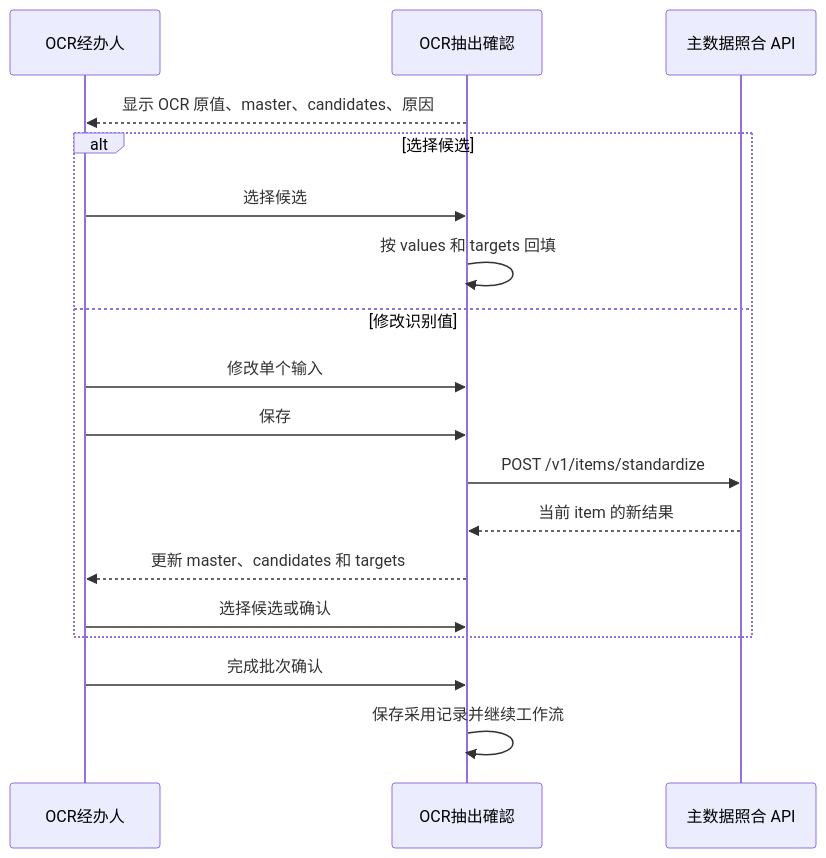
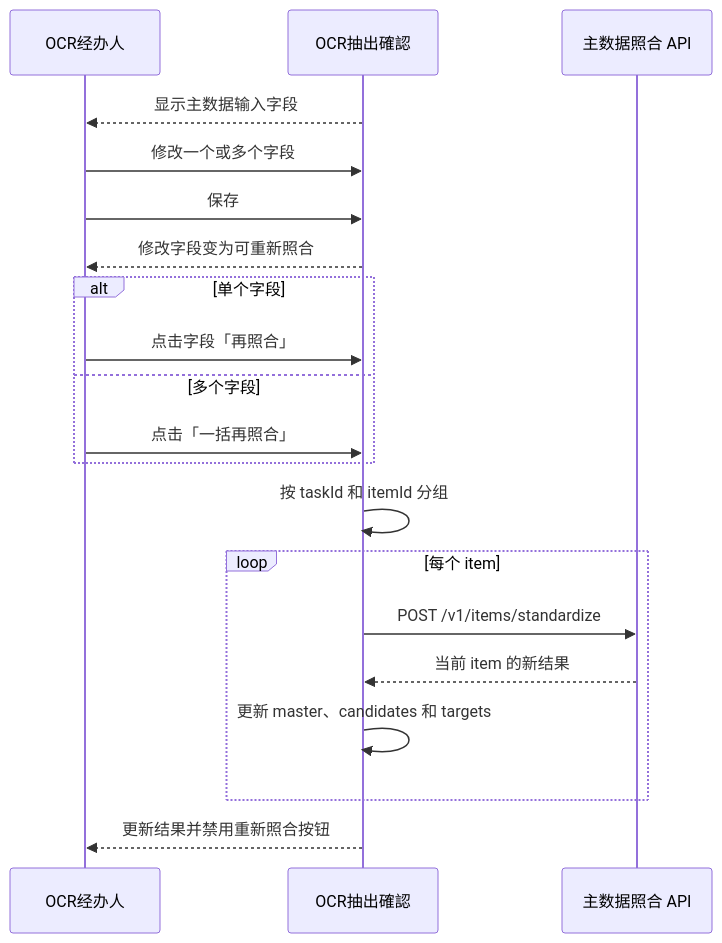
Before and after one commit to aruirage/IDP-Ph4-Master-Demo-PRD: the fifth of 6 diagrams in interaction-prd/NeosAI-IDP-四期需求-workspace/prd/chapter-05.md, drawn with Mermaid. The commit also changed other lines of this file and 8 other files, not shown here.

````diff
--- a/interaction-prd/NeosAI-IDP-四期需求-workspace/prd/chapter-05.md
+++ b/interaction-prd/NeosAI-IDP-四期需求-workspace/prd/chapter-05.md
@@ -771,20 +782,22 @@
 ```mermaid
 sequenceDiagram
     participant User as OCR经办人
     participant IDP as OCR抽出確認
     participant API as 主数据照合 API
-    IDP-->>User: 显示 OCR 原值、master、candidates、原因
-    alt 选择候选
-        User->>IDP: 选择候选
-        IDP->>IDP: 按 values 和 targets 回填
-    else 修改识别值
-        User->>IDP: 修改单个输入
-        User->>IDP: 保存
+    IDP-->>User: 显示主数据输入字段
+    User->>IDP: 修改一个或多个字段
+    User->>IDP: 保存
+    IDP-->>User: 修改字段变为可重新照合
+    alt 单个字段
+        User->>IDP: 点击字段「再照合」
+    else 多个字段
+        User->>IDP: 点击「一括再照合」
+    end
+    IDP->>IDP: 按 taskId 和 itemId 分组
+    loop 每个 item
         IDP->>API: POST /v1/items/standardize
         API-->>IDP: 当前 item 的新结果
-        IDP-->>User: 更新 master、candidates 和 targets
-        User->>IDP: 选择候选或确认
+        IDP->>IDP: 更新 master、candidates 和 targets
     end
-    User->>IDP: 完成批次确认
-    IDP->>IDP: 保存采用记录并继续工作流
+    IDP-->>User: 更新结果并禁用重新照合按钮
 ```
````
